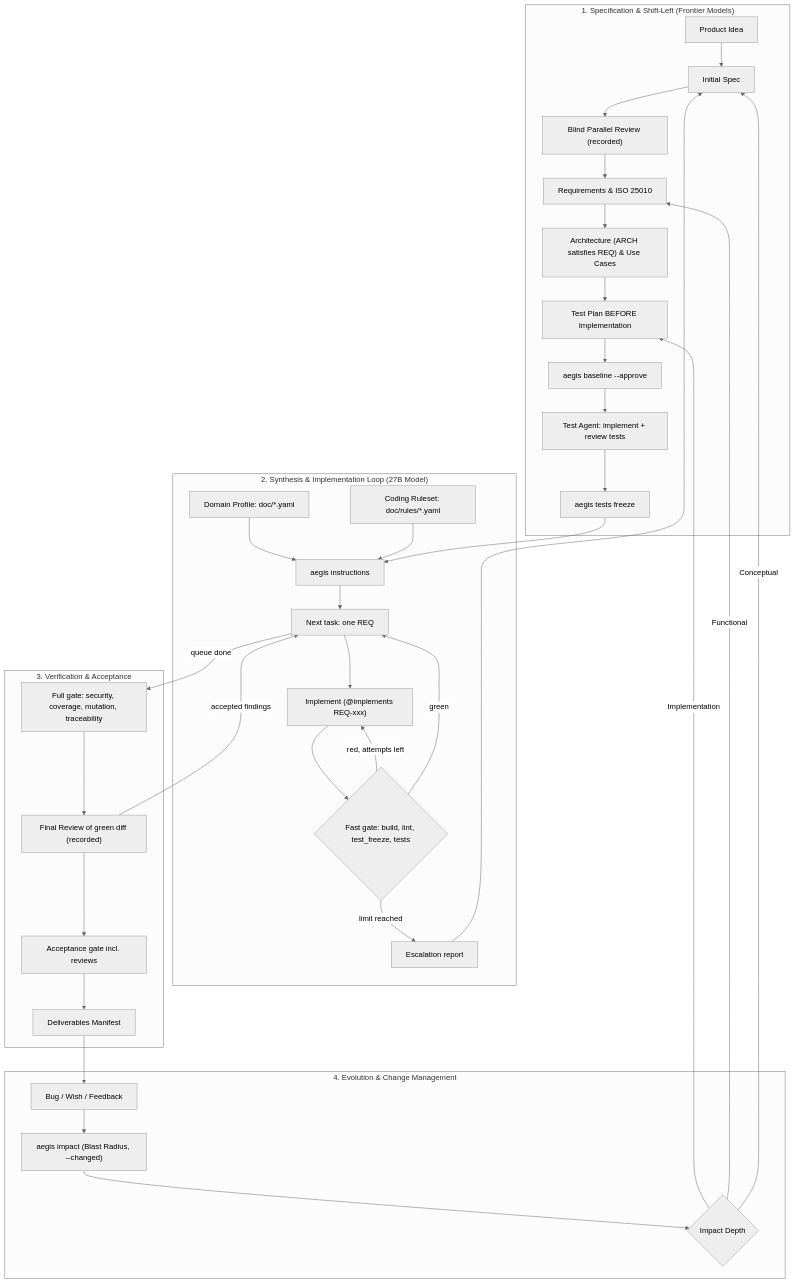
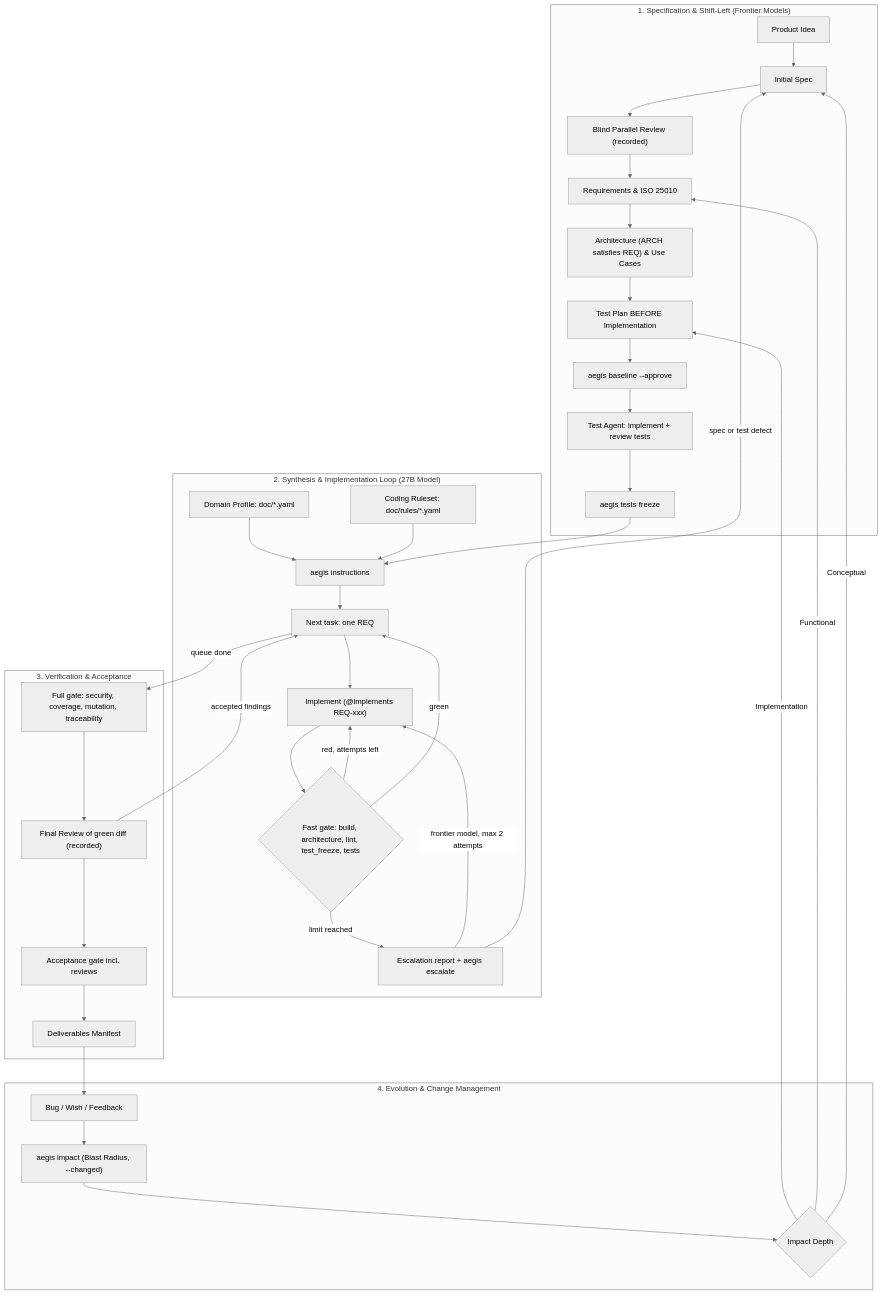
One commit to schwitters/aegis changed the diagram in README.md. Above: the diagram before and after it, drawn with Mermaid (neutral theme). The commit also changed other lines of this file and 5 other files, not shown here.

First line of the commit message:
docs: MIT license, README corrected against the code; fix tools/gate.sh

````diff
--- a/README.md
+++ b/README.md
@@ -132,44 +135,45 @@
 ```mermaid
 flowchart TD
     subgraph P1 ["1. Specification & Shift-Left (Frontier Models)"]
         Idea["Product Idea"] --> Spec["Initial Spec"]
         Spec --> Rev1["Blind Parallel Review (recorded)"]
         Rev1 --> Req["Requirements & ISO 25010"]
         Req --> Arch["Architecture (ARCH satisfies REQ) & Use Cases"]
         Arch --> TP["Test Plan BEFORE Implementation"]
         TP --> Base["aegis baseline --approve"]
         Base --> TI["Test Agent: implement + review tests"]
         TI --> Freeze["aegis tests freeze"]
     end
 
     subgraph P2 ["2. Synthesis & Implementation Loop (27B Model)"]
         Prof["Domain Profile: doc/*.yaml"] --> Comp["aegis instructions"]
         Rules["Coding Ruleset: doc/rules/*.yaml"] --> Comp
         Freeze --> Comp
         Comp --> Task["Next task: one REQ"]
         Task --> Code["Implement (@implements REQ-xxx)"]
-        Code --> Fast{"Fast gate: build, lint, test_freeze, tests"}
+        Code --> Fast{"Fast gate: build, architecture, lint, test_freeze, tests"}
         Fast -->|red, attempts left| Code
         Fast -->|green| Task
-        Fast -->|limit reached| Esc["Escalation report"]
-        Esc --> Spec
+        Fast -->|limit reached| Esc["Escalation report + aegis escalate"]
+        Esc -->|frontier model, max 2 attempts| Code
+        Esc -->|spec or test defect| Spec
     end
 
     subgraph P3 ["3. Verification & Acceptance"]
         Task -->|queue done| Gate["Full gate: security, coverage, mutation, traceability"]
         Gate --> Rev2["Final Review of green diff (recorded)"]
         Rev2 -->|accepted findings| Task
         Rev2 --> Acc["Acceptance gate incl. reviews"]
         Acc --> Deliv["Deliverables Manifest"]
     end
 
     subgraph P4 ["4. Evolution & Change Management"]
         Feedback["Bug / Wish / Feedback"] --> Impact["aegis impact (Blast Radius, --changed)"]
         Impact --> Depth{"Impact Depth"}
         Depth -->|Implementation| TP
         Depth -->|Functional| Req
         Depth -->|Conceptual| Spec
     end
 
     Deliv --> Feedback
 ```
````
